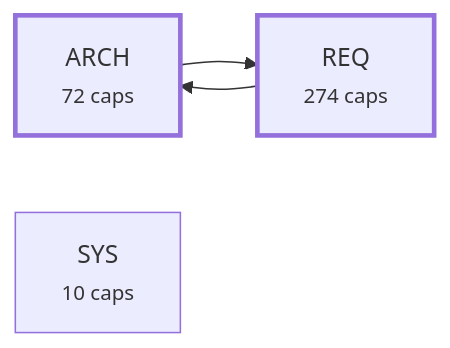
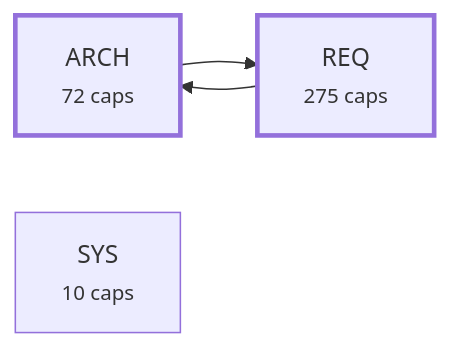
The third of 4 diagrams in plugin/requirements/_map.md (alxmax/Requirement-manager), drawn with Mermaid before and after one commit. The commit also changed other lines of this file and 20 other files, not shown here.

````diff
--- a/plugin/requirements/_map.md
+++ b/plugin/requirements/_map.md
@@ -1170,10 +1171,10 @@
 ```mermaid
 graph LR
   a_ARCH["ARCH<br><small>72 caps</small>"]
-  a_REQ["REQ<br><small>274 caps</small>"]
+  a_REQ["REQ<br><small>275 caps</small>"]
   a_SYS["SYS<br><small>10 caps</small>"]
   a_ARCH --> a_REQ
   a_REQ --> a_ARCH
   style a_ARCH stroke-width:3px
   style a_REQ stroke-width:3px
 ```
````
